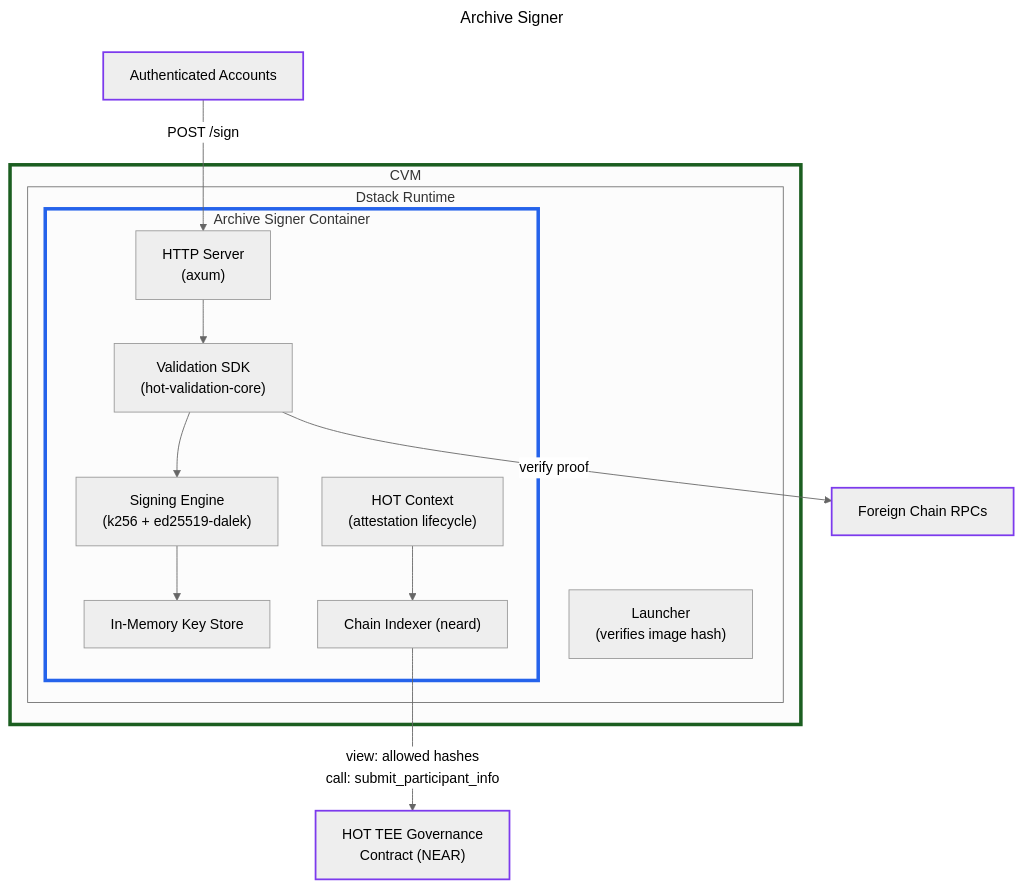
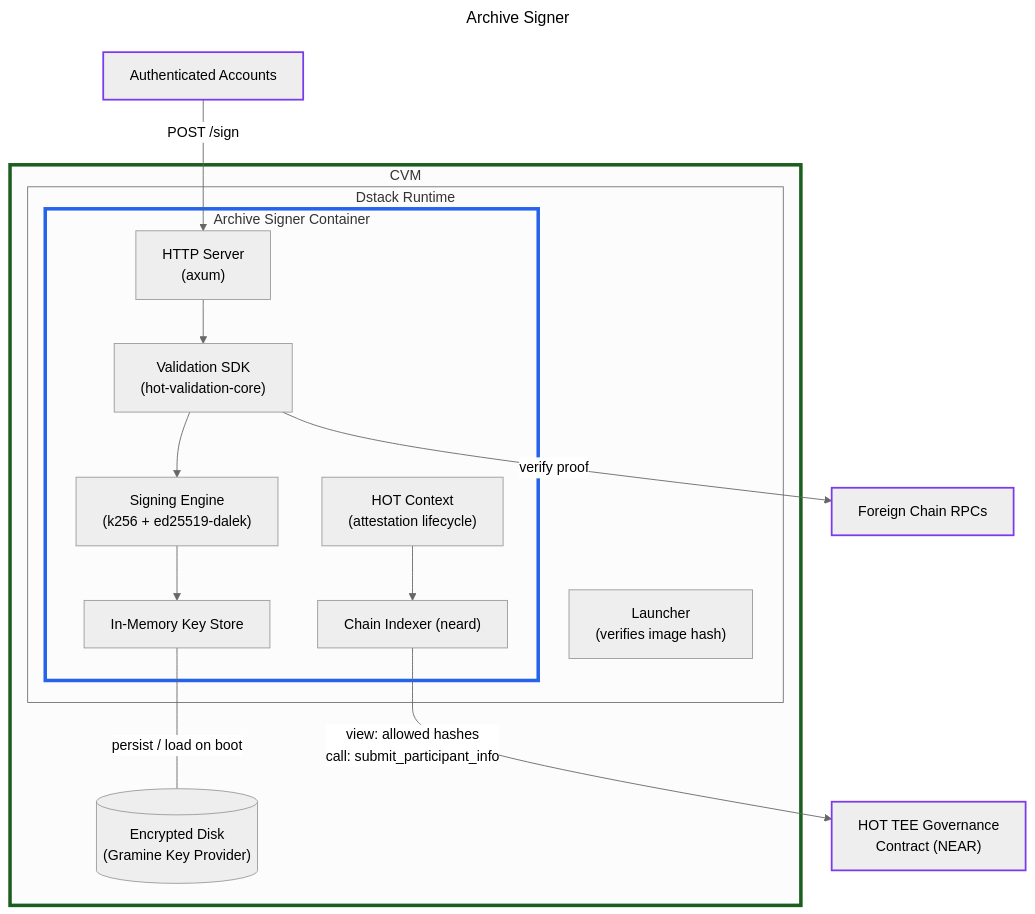
Before and after one commit to near/mpc: the first of 4 diagrams in docs/hot-tee-signing-design.md, drawn with Mermaid (neutral theme).

Commit message:
docs: add encrypted disk persistence to archive-signer component diagram
Addresses: https://github.com/near/mpc/pull/2204#discussion_r2841802603

````diff
--- a/docs/hot-tee-signing-design.md
+++ b/docs/hot-tee-signing-design.md
@@ -67,43 +67,45 @@
 ```mermaid
 ---
 title: Archive Signer
 ---
 flowchart TB
 
 subgraph CVM["CVM"]
     subgraph DSTACK["Dstack Runtime"]
         LAUNCHER["Launcher<br/>(verifies image hash)"]
         subgraph HOT_APP["Archive Signer Container"]
             HTTP["HTTP Server<br/>(axum)"]
             VALIDATION["Validation SDK<br/>(hot-validation-core)"]
             SIGNER["Signing Engine<br/>(k256 + ed25519-dalek)"]
             KEYSTORE["In-Memory Key Store"]
             HOT_CTX["HOT Context<br/>(attestation lifecycle)"]
             INDEXER["Chain Indexer (neard)"]
         end
     end
+    DISK[("Encrypted Disk<br/>(Gramine Key Provider)")]
 end
 
 CLIENT["Authenticated Accounts"]
 HOT_CONTRACT["HOT TEE Governance<br/>Contract (NEAR)"]
 RPC["Foreign Chain RPCs"]
 
 CLIENT -->|"POST /sign"| HTTP
 HTTP --> VALIDATION
 VALIDATION -->|"verify proof"| RPC
 VALIDATION --> SIGNER
 SIGNER --> KEYSTORE
+KEYSTORE ---|"persist / load on boot"| DISK
 
 HOT_CTX --> INDEXER
 INDEXER -->|"view: allowed hashes<br/>call: submit_participant_info"| HOT_CONTRACT
 
 classDef cvm stroke:#1b5e20,stroke-width:4px;
 classDef app stroke:#2563eb,stroke-width:4px;
 classDef ext stroke:#7c3aed,stroke-width:2px;
 
 class CVM cvm;
 class HOT_APP app;
 class HOT_CONTRACT ext;
 class CLIENT ext;
 class RPC ext;
 ```
````
